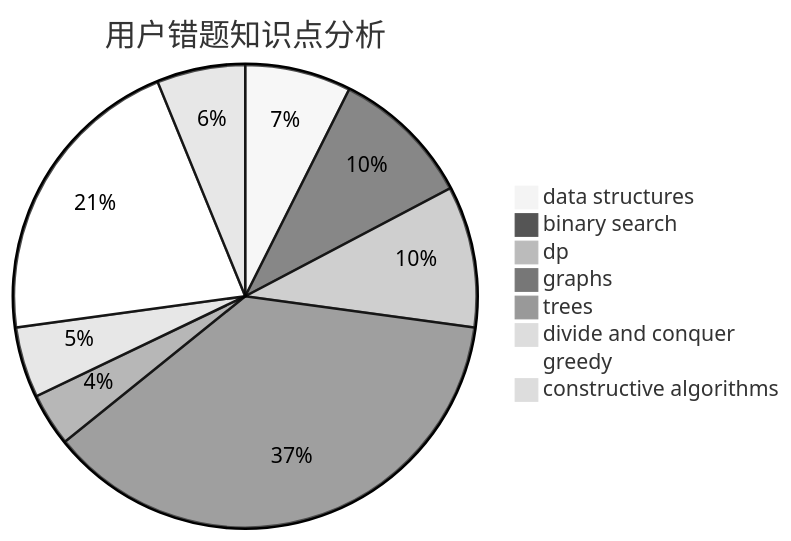
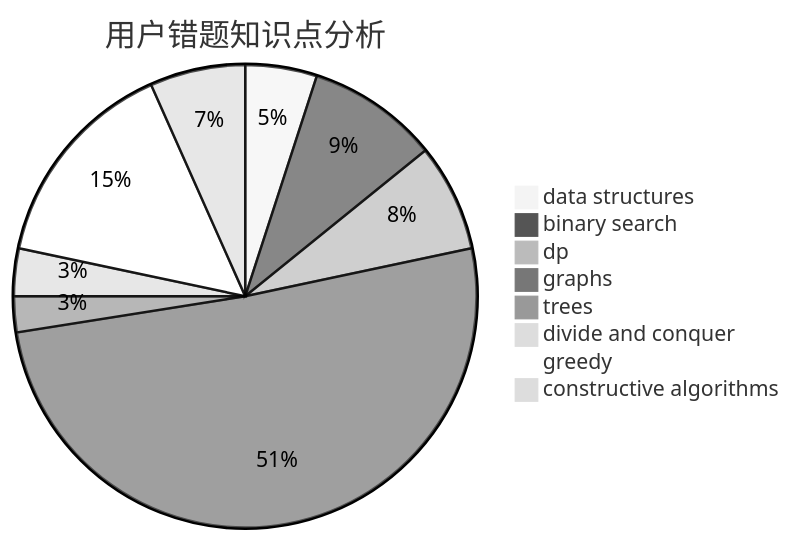
Before and after one commit to sherpahu/cfrs.github.io: the third of 3 diagrams in docs/user/u1673.md, drawn with Mermaid (neutral theme). The commit also changed other lines of this file and 2770 other files, not shown here.

````diff
--- a/docs/user/u1673.md
+++ b/docs/user/u1673.md
@@ -36,11 +36,11 @@
 ```mermaid
 pie title 用户错题知识点分析
     "data structures" :  6
-    "binary search" :  8
-    "dp" :  8
-    "graphs" :  30
+    "binary search" :  11
+    "dp" :  9
+    "graphs" :  61
     "trees" :  3
     "divide and conquer" :  4
-    "greedy" :  17
-    "constructive algorithms" :  5
+    "greedy" :  18
+    "constructive algorithms" :  8
 ```
````
